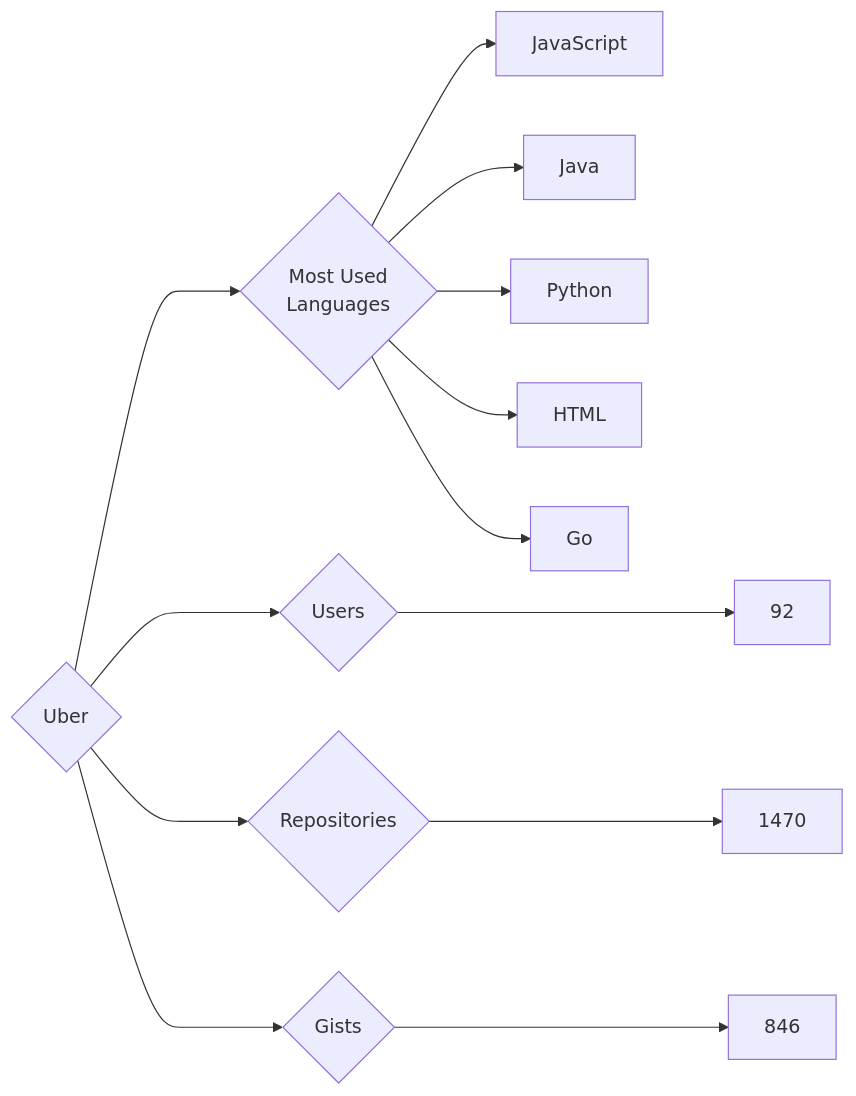
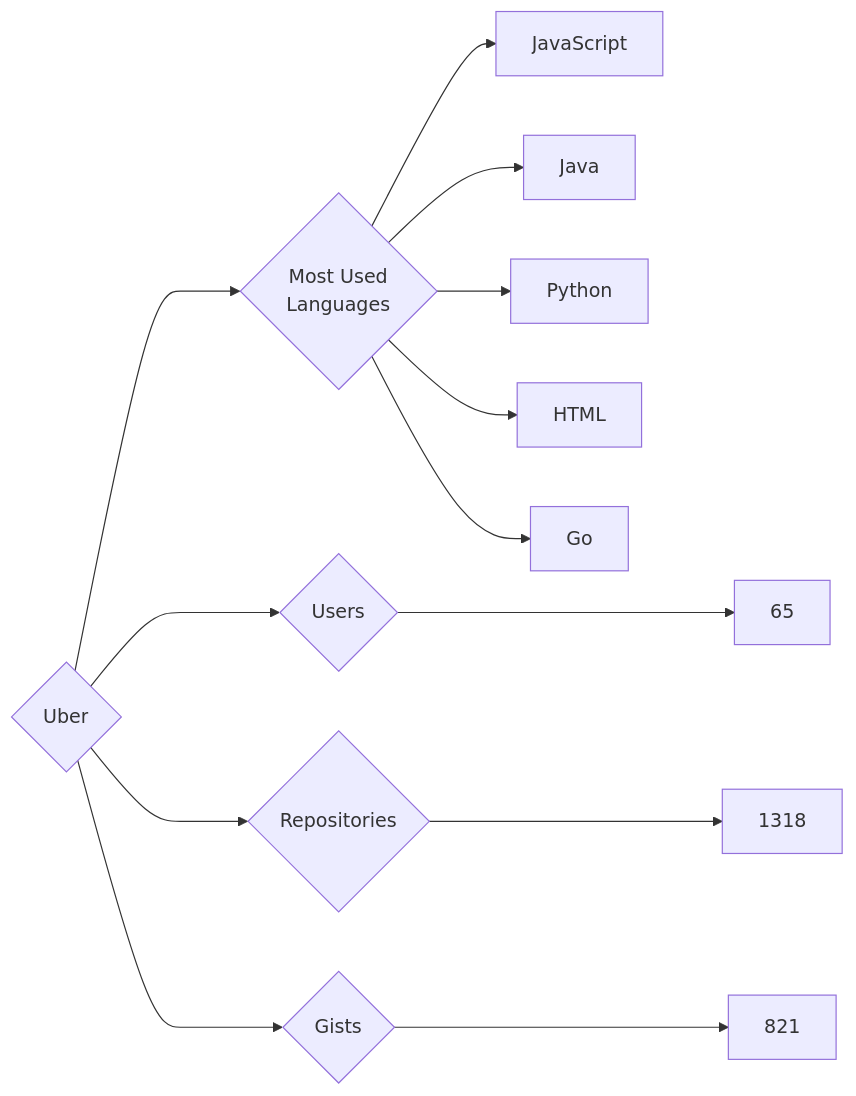
The diagram in targets/Uber/README.md (trickest/insiders), drawn with Mermaid before and after one commit. The commit also changed 928 other files, not shown here.

````diff
--- a/targets/Uber/README.md
+++ b/targets/Uber/README.md
@@ -3,13 +3,13 @@
 ```mermaid
 graph LR
 COMPANY_NAME{Uber}
-COMPANY_NAME ---> U{Users} ---> UN[92]
-COMPANY_NAME ---> R{Repositories} ---> RN[1470]
-COMPANY_NAME ---> G{Gists} ---> GN[846]
+COMPANY_NAME ---> U{Users} ---> UN[65]
+COMPANY_NAME ---> R{Repositories} ---> RN[1318]
+COMPANY_NAME ---> G{Gists} ---> GN[821]
 COMPANY_NAME ---> ML{Most Used<br>Languages}
 ML --> JavaScript[JavaScript]
 ML --> Java[Java]
 ML --> Python[Python]
 ML --> HTML[HTML]
 ML --> Go[Go]
 ```
````
